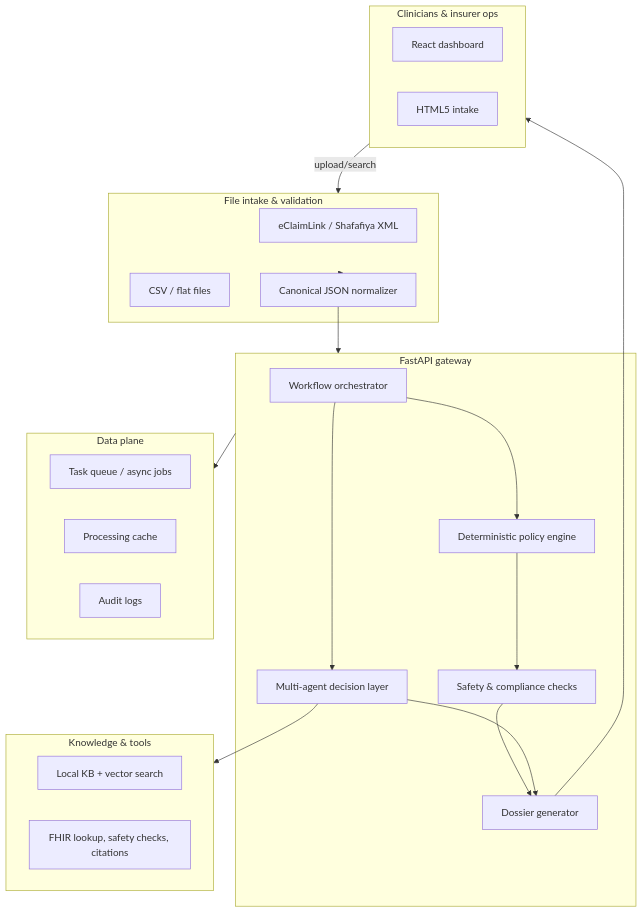
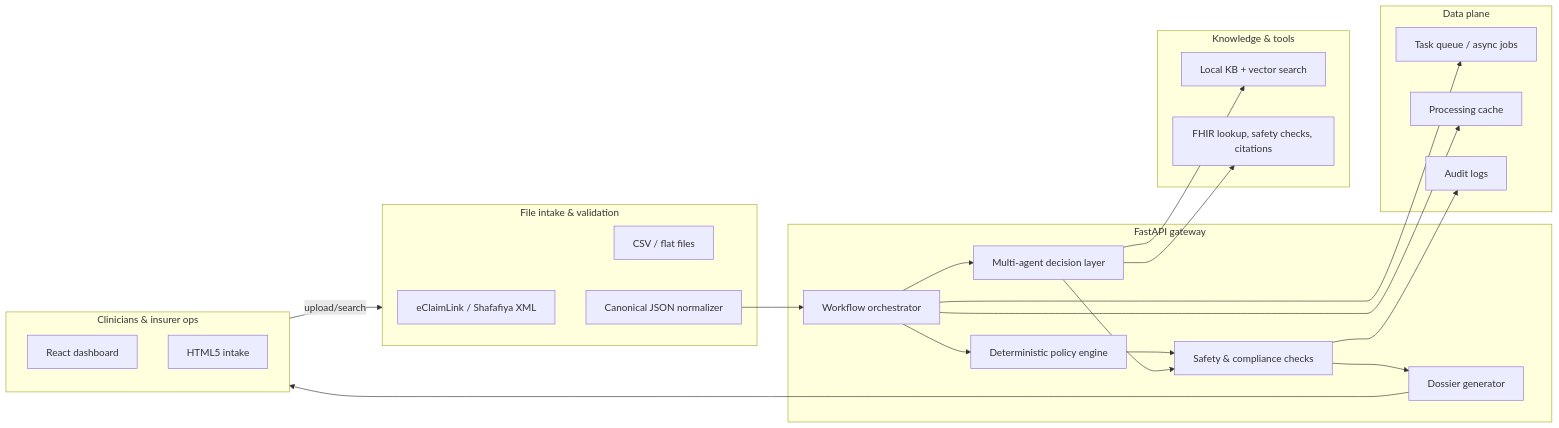
Before and after one commit to kargarisaac/preauth-healthcare-ai-triage: the diagram in README.md, drawn with Mermaid. The commit also changed other lines of this file, not shown here.

Commit message:
docs: clarify architecture diagram and agent flow

````diff
--- a/README.md
+++ b/README.md
@@ -54,43 +54,46 @@
 ```mermaid
-flowchart TD
+flowchart LR
   subgraph Clients["Clinicians & insurer ops"]
     WebUI["React dashboard"]
     HTMLUI["HTML5 intake"]
   end
 
   subgraph Intake["File intake & validation"]
     XML["eClaimLink / Shafafiya XML"]
     CSV["CSV / flat files"]
     Canonical["Canonical JSON normalizer"]
   end
 
   subgraph API["FastAPI gateway"]
     Orchestrator["Workflow orchestrator"]
     Policy["Deterministic policy engine"]
     Agents["Multi-agent decision layer"]
     Safety["Safety & compliance checks"]
     Dossier["Dossier generator"]
   end
 
   subgraph Intelligence["Knowledge & tools"]
     KB["Local KB + vector search"]
     Tools["FHIR lookup, safety checks, citations"]
   end
 
   subgraph Data["Data plane"]
     Queue["Task queue / async jobs"]
     Cache["Processing cache"]
     Audit["Audit logs"]
   end
 
   Clients -->|upload/search| Intake
-  Intake --> Canonical --> API
+  Intake --> Canonical --> Orchestrator
   Orchestrator --> Policy
   Orchestrator --> Agents
-  Agents --> Intelligence
+  Agents --> KB
+  Agents --> Tools
   Policy --> Safety
+  Agents --> Safety
   Safety --> Dossier
-  Agents --> Dossier
   Dossier --> Clients
-  API --> Data
+  Orchestrator --> Queue
+  Orchestrator --> Cache
+  Safety --> Audit
 ```
````
